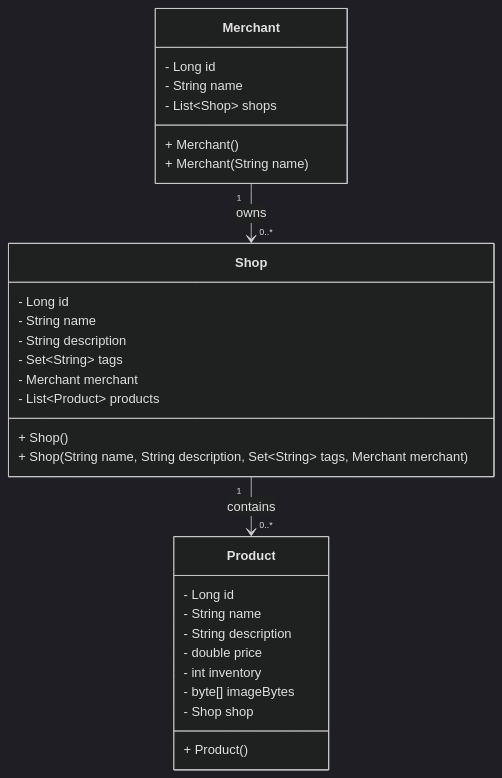
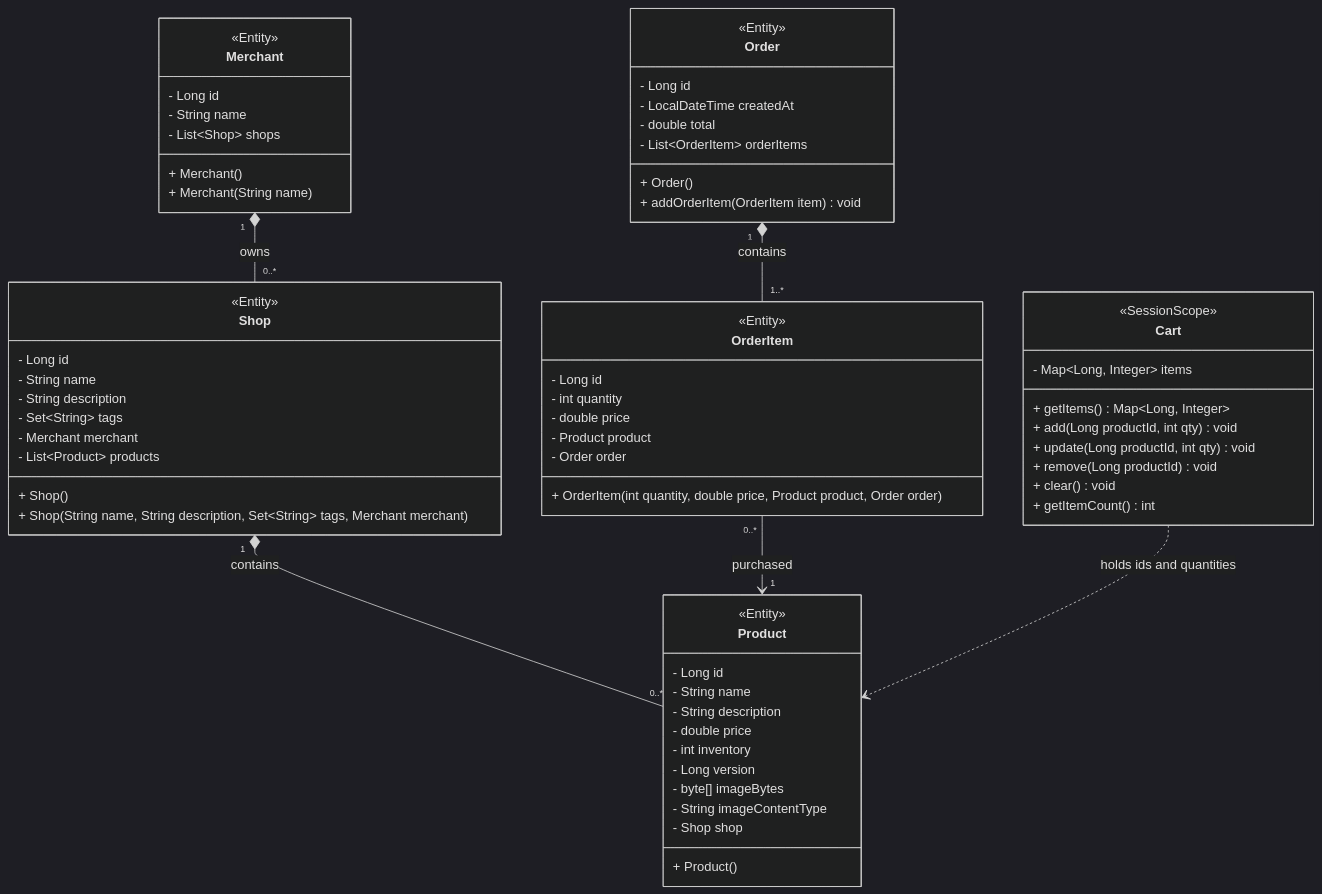
One commit to Peter-Tourkoyiannis/SYSC-4806-Group changed the first of 2 diagrams in docs/uml-model.md. Above: the diagram before and after it, drawn with Mermaid (dark theme). The commit also changed other lines of this file, not shown here.

Commit message:
added UML to show workflow

````diff
--- a/docs/uml-model.md
+++ b/docs/uml-model.md
@@ -3,36 +7,75 @@
 ```mermaid
 classDiagram
 
 class Merchant {
+    <<Entity>>
     - Long id
     - String name
     - List~Shop~ shops
     + Merchant()
     + Merchant(String name)
 }
 
 class Shop {
+    <<Entity>>
     - Long id
     - String name
     - String description
     - Set~String~ tags
     - Merchant merchant
     - List~Product~ products
     + Shop()
     + Shop(String name, String description, Set~String~ tags, Merchant merchant)
 }
 
 class Product {
+    <<Entity>>
     - Long id
     - String name
     - String description
     - double price
     - int inventory
+    - Long version
     - byte[] imageBytes
+    - String imageContentType
     - Shop shop
     + Product()
 }
 
-Merchant "1" --> "0..*" Shop : owns
-Shop "1" --> "0..*" Product : contains
+class Order {
+    <<Entity>>
+    - Long id
+    - LocalDateTime createdAt
+    - double total
+    - List~OrderItem~ orderItems
+    + Order()
+    + addOrderItem(OrderItem item) void
+}
+
+class OrderItem {
+    <<Entity>>
+    - Long id
+    - int quantity
+    - double price
+    - Product product
+    - Order order
+    + OrderItem(int quantity, double price, Product product, Order order)
+}
+
+class Cart {
+    <<SessionScope>>
+    - Map~Long, Integer~ items
+    + getItems() Map~Long, Integer~
+    + add(Long productId, int qty) void
+    + update(Long productId, int qty) void
+    + remove(Long productId) void
+    + clear() void
+    + getItemCount() int
+}
+
+Merchant "1" *-- "0..*" Shop : owns
+Shop "1" *-- "0..*" Product : contains
+Order "1" *-- "1..*" OrderItem : contains
+OrderItem "0..*" --> "1" Product : purchased
+Cart ..> Product : holds ids and quantities
 ```
````
